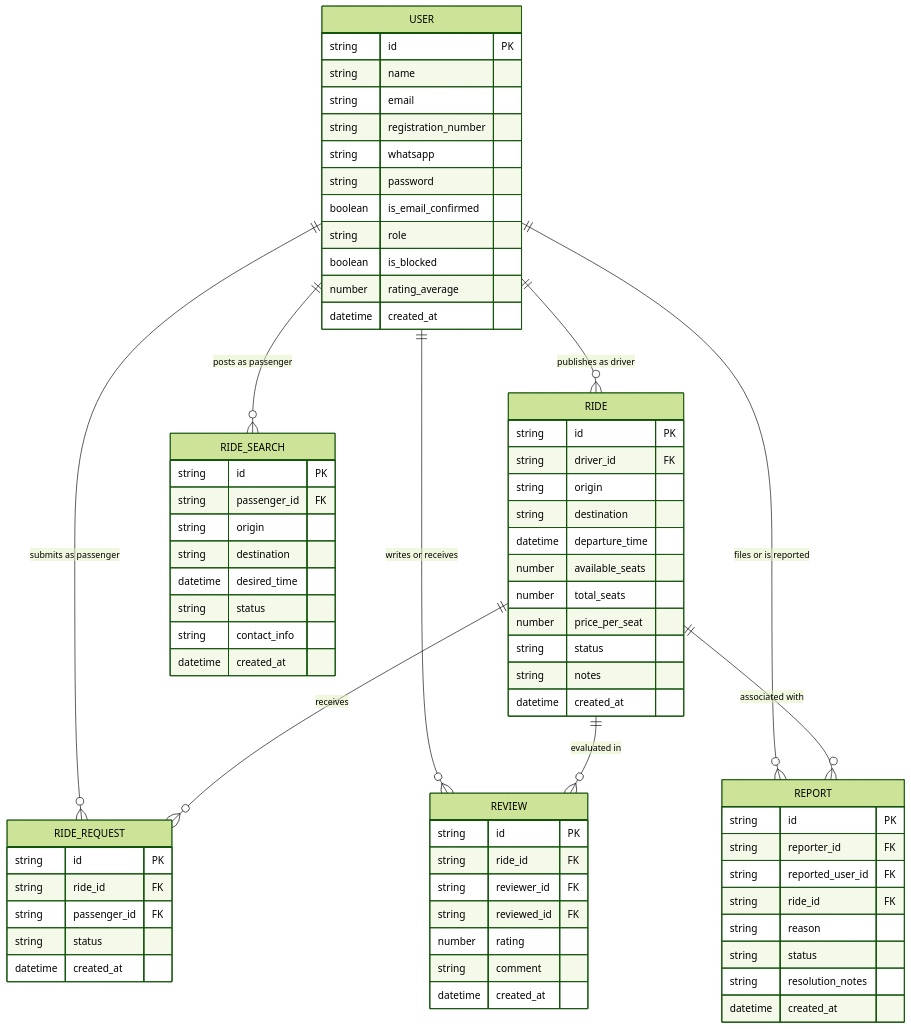
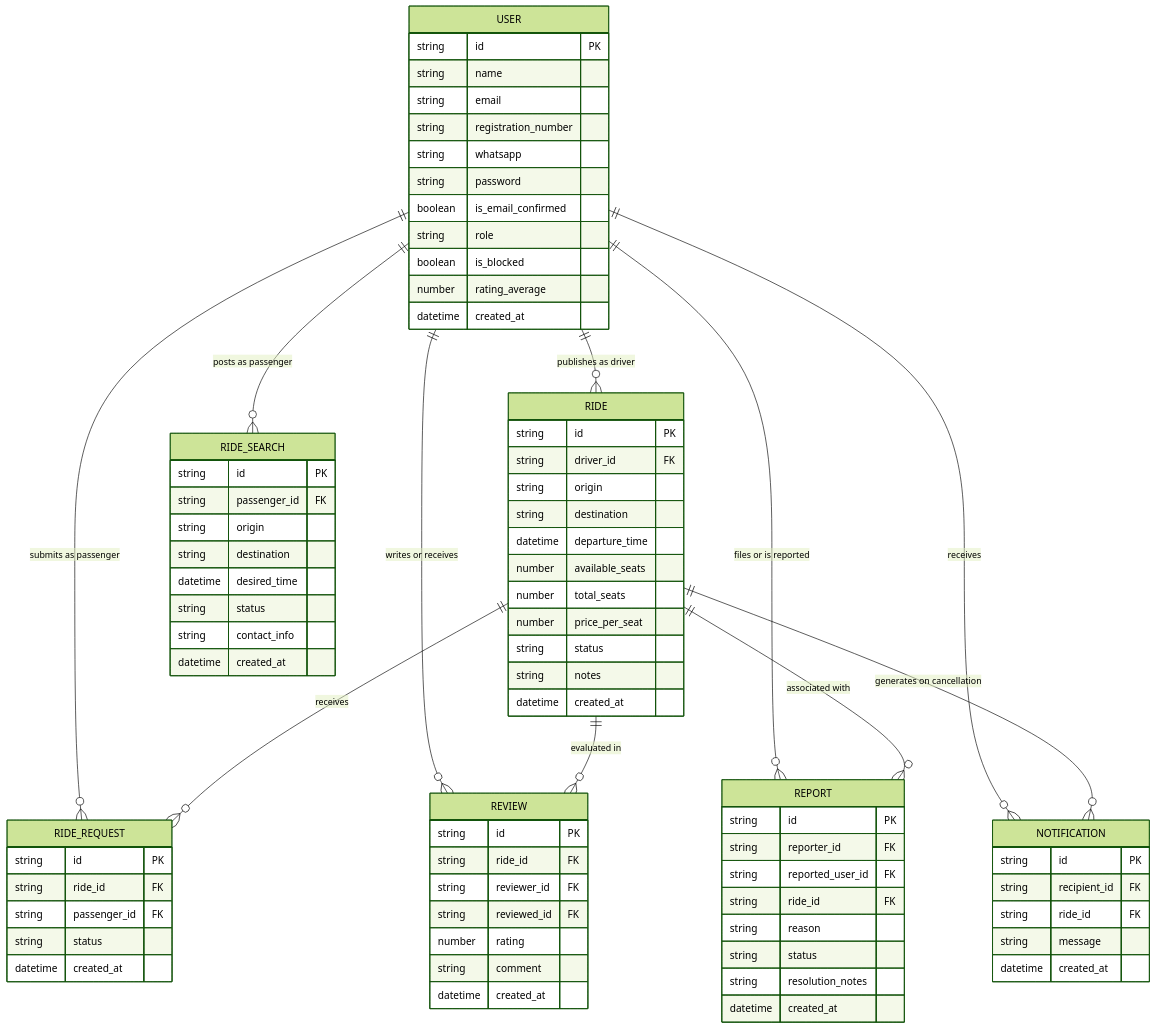
Before and after one commit to UTFRide/UTFRide: the diagram in docs/architecture.md, drawn with Mermaid (forest theme). The commit also changed other lines of this file and 2 other files, not shown here.

Commit message:
docs: atualizar documentação da US02 para auditoria final

````diff
--- a/docs/architecture.md
+++ b/docs/architecture.md
@@ -166,10 +167,12 @@
     USER ||--o{ RIDE_SEARCH : "posts as passenger"
     USER ||--o{ REVIEW : "writes or receives"
     USER ||--o{ REPORT : "files or is reported"
+    USER ||--o{ NOTIFICATION : "receives"
     
     RIDE ||--o{ RIDE_REQUEST : "receives"
     RIDE ||--o{ REVIEW : "evaluated in"
     RIDE ||--o{ REPORT : "associated with"
+    RIDE ||--o{ NOTIFICATION : "generates on cancellation"
 
     USER {
         string id PK
@@ -238,4 +241,12 @@
         string resolution_notes
         datetime created_at
     }
+
+    NOTIFICATION {
+        string id PK
+        string recipient_id FK
+        string ride_id FK
+        string message
+        datetime created_at
+    }
 ```
````
